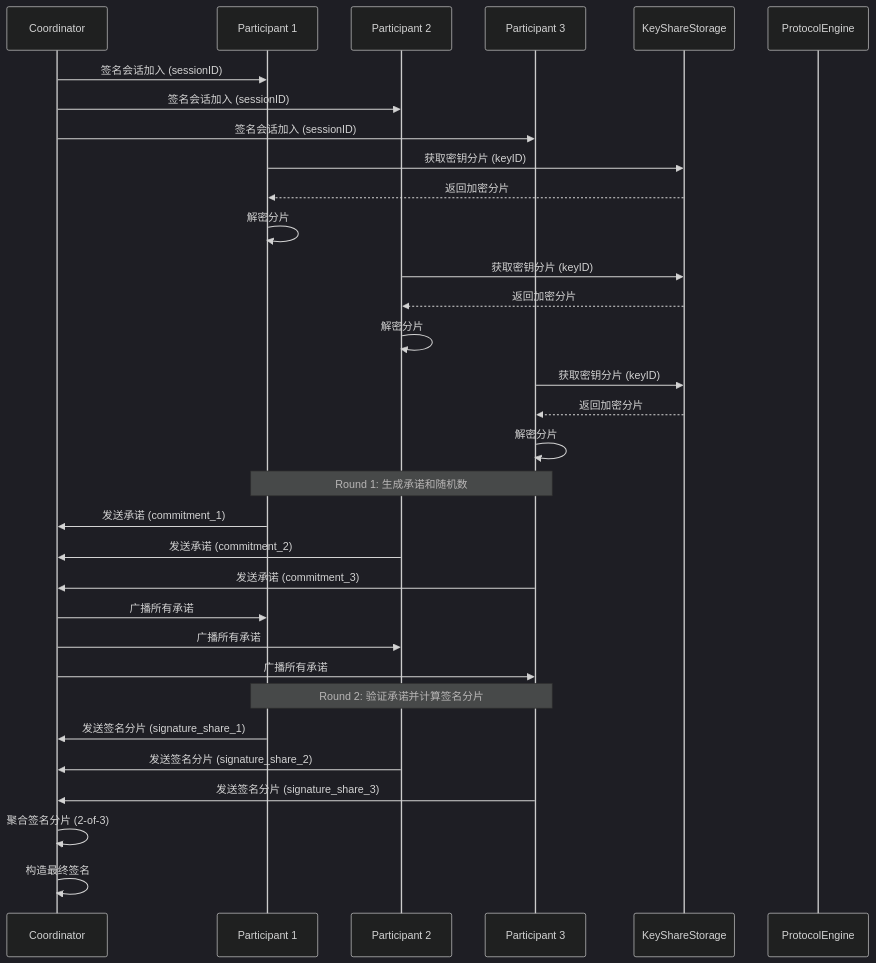
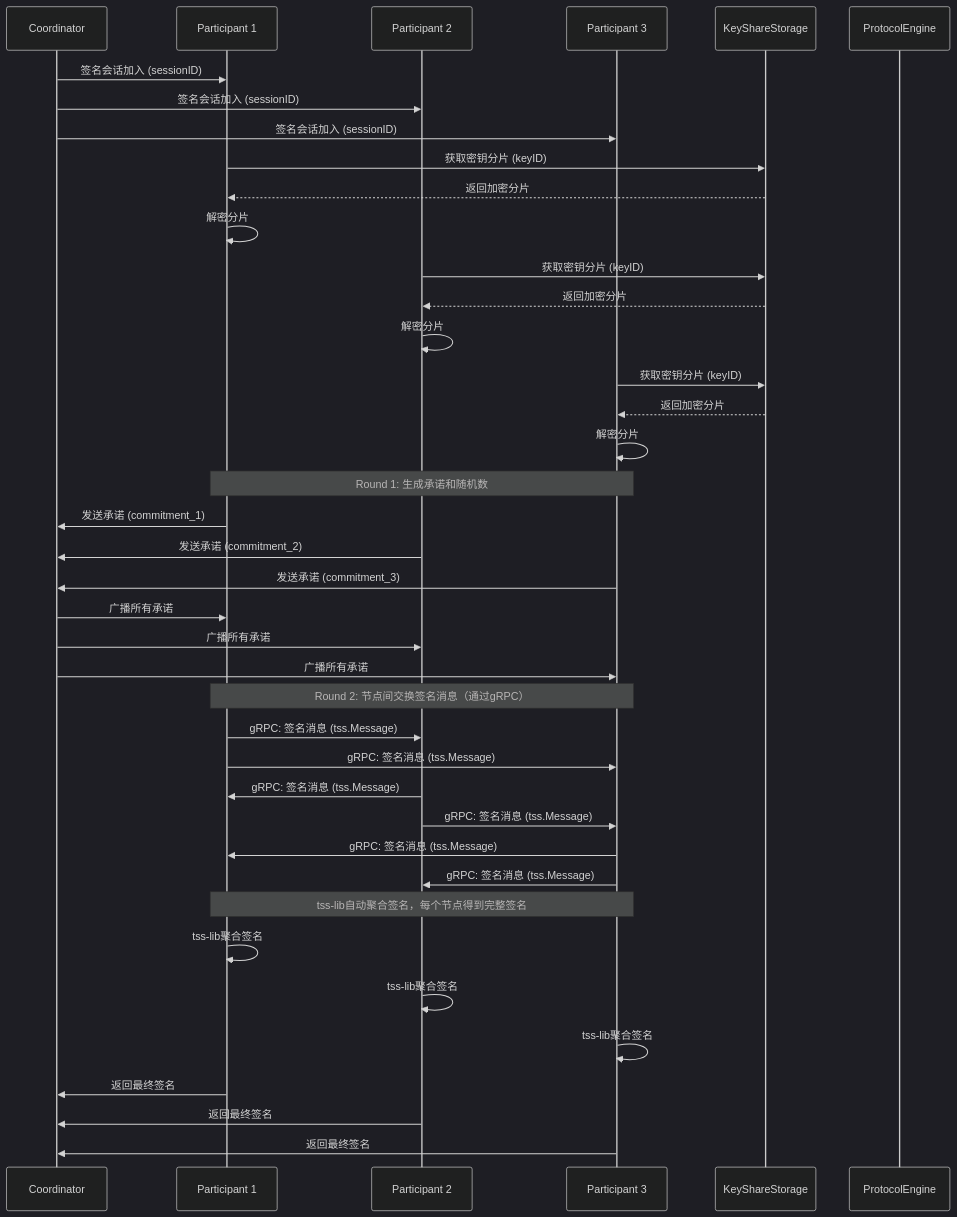
Before and after one commit to kashguard/go-mpc-infra: the sixth of 12 diagrams in docs/mpc-detailed-design.md, drawn with Mermaid (dark theme).

Commit message:
docs: 完善MPC详细设计文档，更新签名和DKG流程为tss-lib分布式架构

````diff
--- a/docs/mpc-detailed-design.md
+++ b/docs/mpc-detailed-design.md
@@ -588,44 +588,54 @@
 ```mermaid
 sequenceDiagram
     participant Coordinator
     participant P1 as Participant 1
     participant P2 as Participant 2
     participant P3 as Participant 3
     participant Storage as KeyShareStorage
     participant Protocol as ProtocolEngine
 
     Coordinator->>P1: 签名会话加入 (sessionID)
     Coordinator->>P2: 签名会话加入 (sessionID)
     Coordinator->>P3: 签名会话加入 (sessionID)
 
     P1->>Storage: 获取密钥分片 (keyID)
     Storage-->>P1: 返回加密分片
     P1->>P1: 解密分片
 
     P2->>Storage: 获取密钥分片 (keyID)
     Storage-->>P2: 返回加密分片
     P2->>P2: 解密分片
 
     P3->>Storage: 获取密钥分片 (keyID)
     Storage-->>P3: 返回加密分片
     P3->>P3: 解密分片
 
     Note over P1,P3: Round 1: 生成承诺和随机数
 
     P1->>Coordinator: 发送承诺 (commitment_1)
     P2->>Coordinator: 发送承诺 (commitment_2)
     P3->>Coordinator: 发送承诺 (commitment_3)
 
     Coordinator->>P1: 广播所有承诺
     Coordinator->>P2: 广播所有承诺
     Coordinator->>P3: 广播所有承诺
 
-    Note over P1,P3: Round 2: 验证承诺并计算签名分片
+    Note over P1,P3: Round 2: 节点间交换签名消息（通过gRPC）
 
-    P1->>Coordinator: 发送签名分片 (signature_share_1)
-    P2->>Coordinator: 发送签名分片 (signature_share_2)
-    P3->>Coordinator: 发送签名分片 (signature_share_3)
+    P1->>P2: gRPC: 签名消息 (tss.Message)
+    P1->>P3: gRPC: 签名消息 (tss.Message)
+    P2->>P1: gRPC: 签名消息 (tss.Message)
+    P2->>P3: gRPC: 签名消息 (tss.Message)
+    P3->>P1: gRPC: 签名消息 (tss.Message)
+    P3->>P2: gRPC: 签名消息 (tss.Message)
 
-    Coordinator->>Coordinator: 聚合签名分片 (2-of-3)
-    Coordinator->>Coordinator: 构造最终签名
+    Note over P1,P3: tss-lib自动聚合签名，每个节点得到完整签名
+
+    P1->>P1: tss-lib聚合签名
+    P2->>P2: tss-lib聚合签名
+    P3->>P3: tss-lib聚合签名
+
+    P1->>Coordinator: 返回最终签名
+    P2->>Coordinator: 返回最终签名
+    P3->>Coordinator: 返回最终签名
 ```
````
